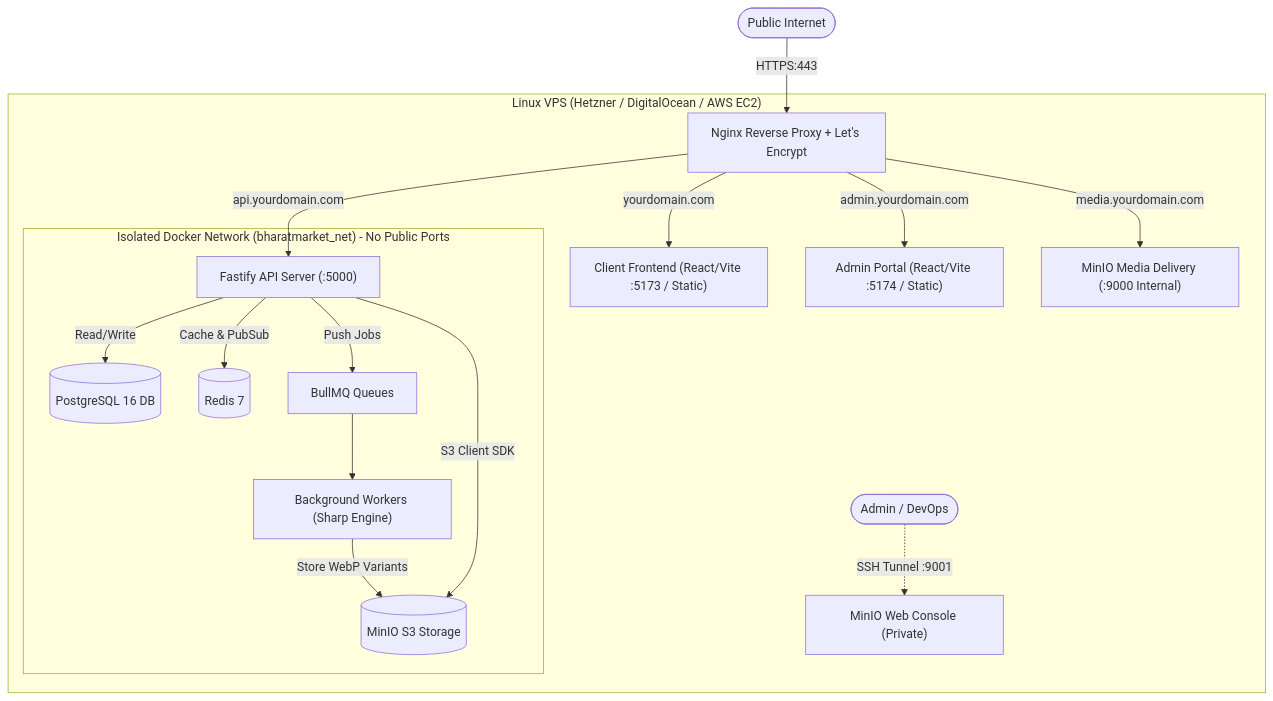
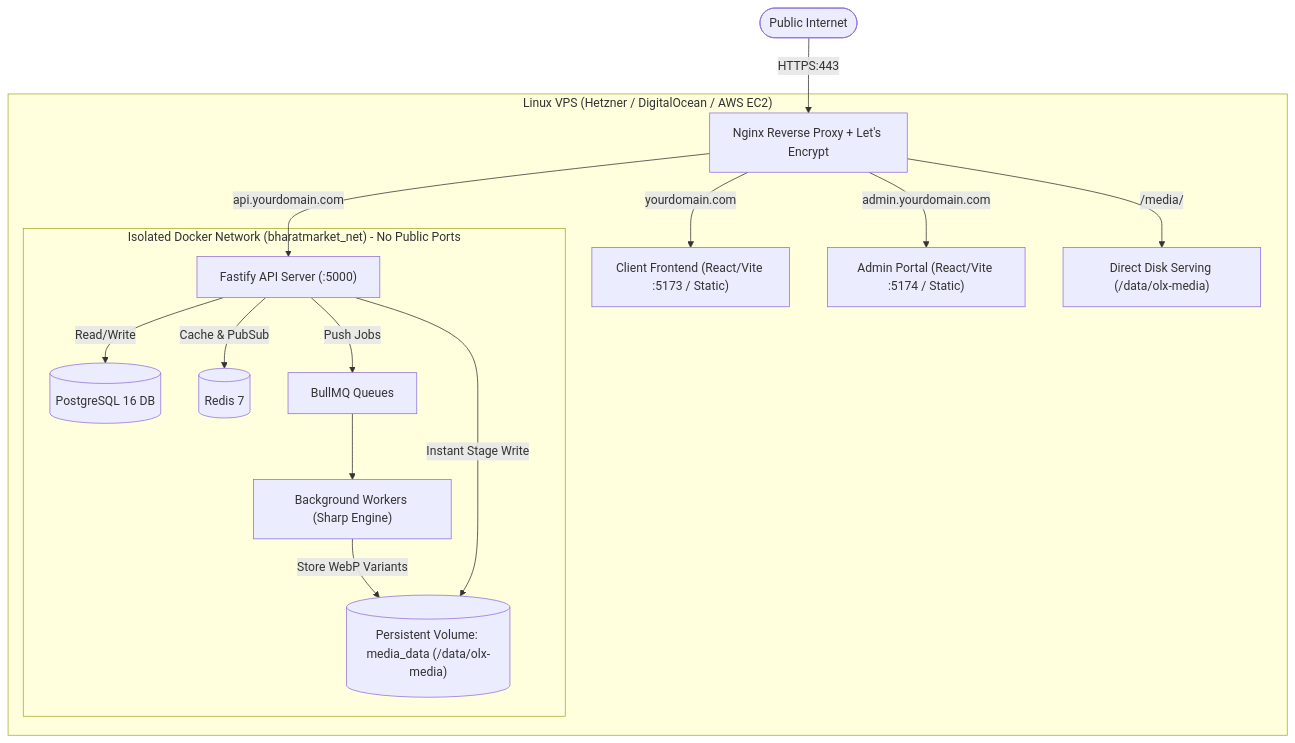
One commit to bnintelhub/olx changed the first of 2 diagrams in docs/DEPLOYMENT_STRATEGY.md. Above: the diagram before and after it, drawn with Mermaid. The commit also changed other lines of this file and 79 other files, not shown here.

````diff
--- a/docs/DEPLOYMENT_STRATEGY.md
+++ b/docs/DEPLOYMENT_STRATEGY.md
@@ -46,22 +45,20 @@
 ```mermaid
 flowchart TD
     Internet([Public Internet]) -->|HTTPS:443| NGINX[Nginx Reverse Proxy + Let's Encrypt]
 
     subgraph VPS["Linux VPS (Hetzner / DigitalOcean / AWS EC2)"]
         NGINX -->|yourdomain.com| ClientApp["Client Frontend (React/Vite :5173 / Static)"]
         NGINX -->|admin.yourdomain.com| AdminPortal["Admin Portal (React/Vite :5174 / Static)"]
         NGINX -->|api.yourdomain.com| FastifyAPI["Fastify API Server (:5000)"]
-        NGINX -->|media.yourdomain.com| MinIOPublic["MinIO Media Delivery (:9000 Internal)"]
+        NGINX -->|/media/| LocalMedia["Direct Disk Serving (/data/olx-media)"]
 
         subgraph PrivateDockerNet["Isolated Docker Network (bharatmarket_net) - No Public Ports"]
             FastifyAPI -->|Read/Write| Postgres[(PostgreSQL 16 DB)]
             FastifyAPI -->|Cache & PubSub| Redis[(Redis 7)]
             FastifyAPI -->|Push Jobs| BullMQ[BullMQ Queues]
             BullMQ --> Workers["Background Workers (Sharp Engine)"]
-            Workers -->|Store WebP Variants| MinIO[(MinIO S3 Storage)]
-            FastifyAPI -->|S3 Client SDK| MinIO
+            Workers -->|Store WebP Variants| LocalVolume[("Persistent Volume: media_data (/data/olx-media)")]
+            FastifyAPI -->|Instant Stage Write| LocalVolume
         end
-
-        AdminUser([Admin / DevOps]) -.->|SSH Tunnel :9001| MinIOConsole["MinIO Web Console (Private)"]
     end
 ```
````
